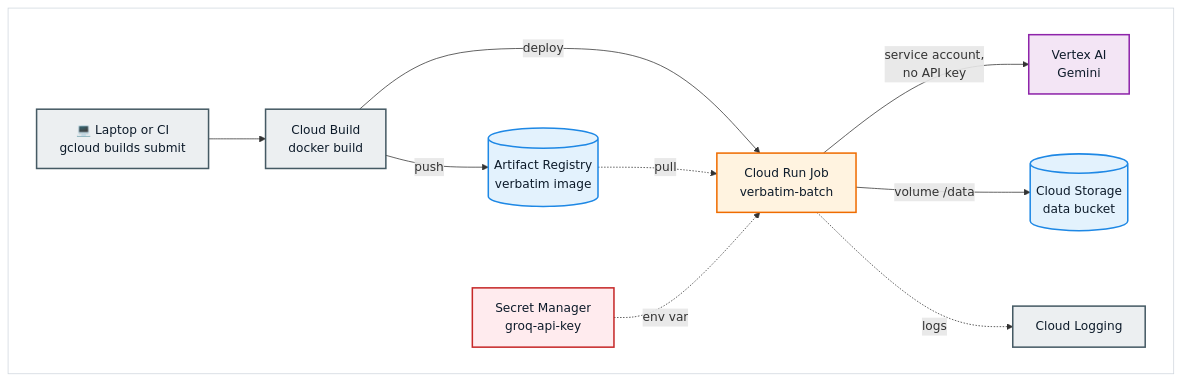
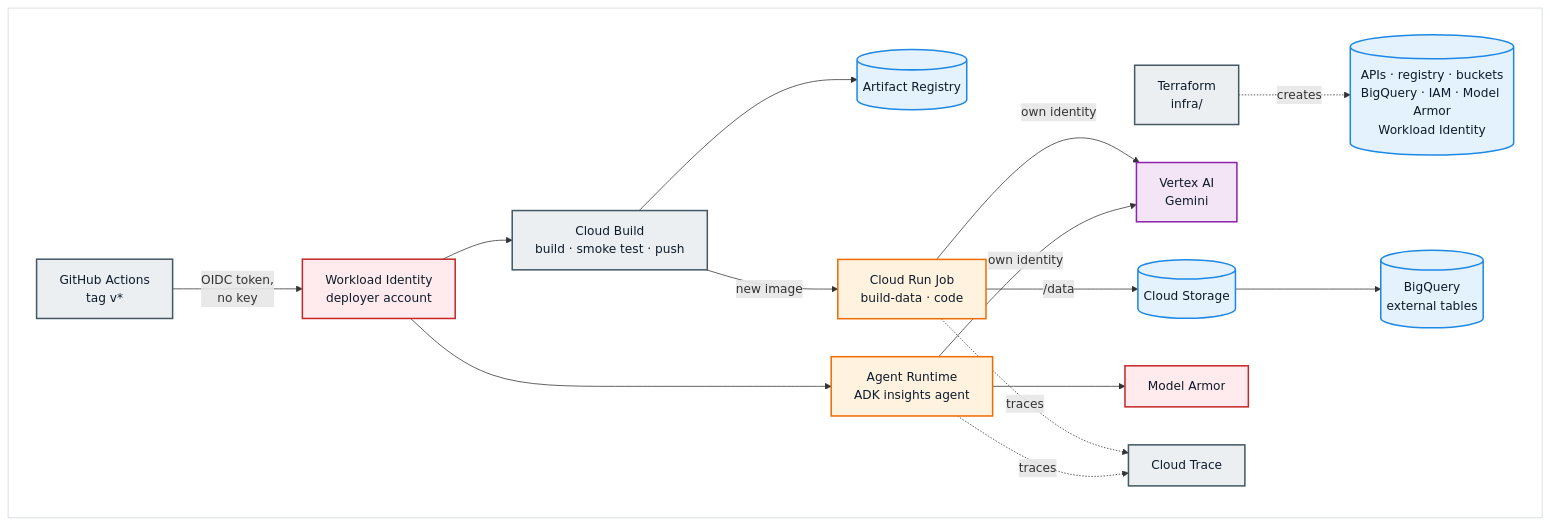
The sixth of 7 diagrams in README.md (ryan-backer-ds/agentic-verbatim-coding), drawn with Mermaid before and after one commit. The commit also changed other lines of this file, not shown here.

````diff
--- a/README.md
+++ b/README.md
@@ -476,27 +474,32 @@
 ```mermaid
 %%{init: {'theme': 'default'}}%%
 flowchart LR
     subgraph FRAME[" "]
         direction LR
-        DEV["💻 Laptop or CI<br/>gcloud builds submit"] --> CB["Cloud Build<br/>docker build"]
-        CB -- "push" --> AR[("Artifact Registry<br/>verbatim image")]
-        CB -- "deploy" --> JOB["Cloud Run Job<br/>verbatim-batch"]
-        AR -. "pull" .-> JOB
-        JOB -- "service account,<br/>no API key" --> VX["Vertex AI<br/>Gemini"]
-        JOB -- "volume /data" --> GCS[("Cloud Storage<br/>data bucket")]
-        SM["Secret Manager<br/>groq-api-key"] -. "env var" .-> JOB
-        JOB -. "logs" .-> LOG["Cloud Logging"]
+        TF["Terraform<br/>infra/"] -. "creates" .-> RES[("APIs · registry · buckets<br/>BigQuery · IAM · Model Armor<br/>Workload Identity")]
+        GH["GitHub Actions<br/>tag v*"] -- "OIDC token,<br/>no key" --> WIF["Workload Identity<br/>deployer account"]
+        WIF --> CB["Cloud Build<br/>build · smoke test · push"]
+        CB --> AR[("Artifact Registry")]
+        CB -- "new image" --> JOB["Cloud Run Job<br/>build-data · code"]
+        WIF --> RT["Agent Runtime<br/>ADK insights agent"]
+        JOB -- "own identity" --> VX["Vertex AI<br/>Gemini"]
+        RT -- "own identity" --> VX
+        JOB -- "/data" --> GCS[("Cloud Storage")]
+        GCS --> BQ[("BigQuery<br/>external tables")]
+        RT --> MA["Model Armor"]
+        JOB -. "traces" .-> TR["Cloud Trace"]
+        RT -. "traces" .-> TR
     end
 
     classDef build fill:#ECEFF1,stroke:#455A64,stroke-width:2px,color:#0D1B2A
     classDef run fill:#FFF3E0,stroke:#EF6C00,stroke-width:2px,color:#0D1B2A
     classDef store fill:#E3F2FD,stroke:#1E88E5,stroke-width:2px,color:#0D1B2A
     classDef ai fill:#F3E5F5,stroke:#8E24AA,stroke-width:2px,color:#0D1B2A
     classDef secure fill:#FFEBEE,stroke:#C62828,stroke-width:2px,color:#0D1B2A
-    class DEV,CB,LOG build
-    class JOB run
-    class AR,GCS store
+    class TF,GH,CB,TR build
+    class JOB,RT run
+    class RES,AR,GCS,BQ store
     class VX ai
-    class SM secure
+    class WIF,MA secure
     style FRAME fill:#FFFFFF,stroke:#D0D7DE,stroke-width:1px,color:#FFFFFF
 ```
````
